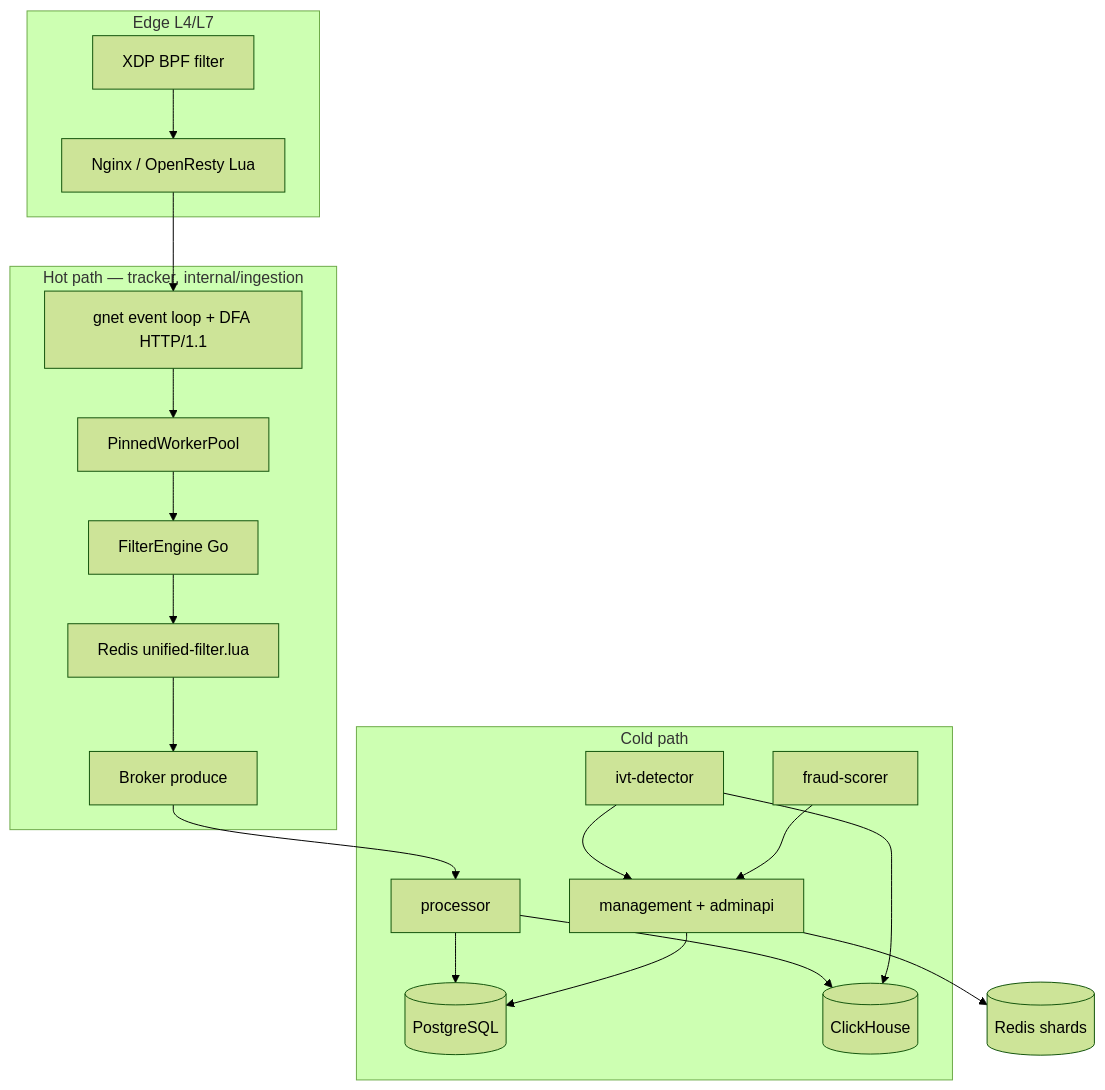
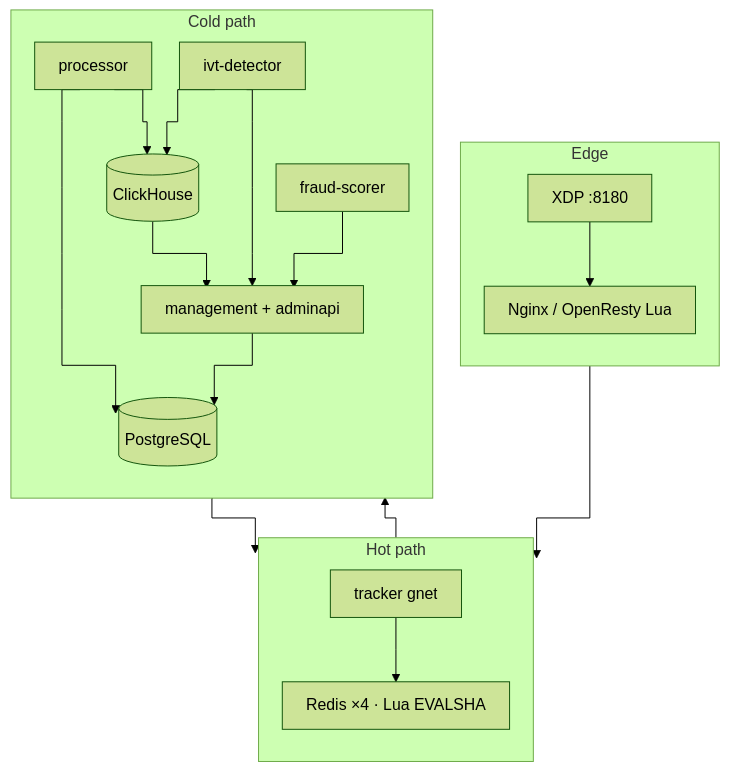
One commit to mykhailov-ua/eSPX changed the diagram in README.md. Above: the diagram before and after it, drawn with Mermaid (forest theme). The commit also changed other lines of this file and 308 other files, not shown here.

Commit message:
feat: deliver M14 shard-0 survival, HTTP/2/3 ingress, RTB live path, and docs overhaul

````diff
--- a/README.md
+++ b/README.md
@@ -23,36 +218,38 @@
 ```mermaid
+%%{init: {"flowchart": {"curve": "stepAfter", "padding": 12, "nodeSpacing": 28, "rankSpacing": 40}}}%%
 flowchart TB
-  subgraph edge [Edge L4/L7]
-    XDP[XDP BPF filter]
-    Nginx[Nginx / OpenResty Lua]
+  subgraph edge ["Edge"]
+    direction TB
+    XDP["XDP :8180"]
+    Nginx["Nginx / OpenResty Lua"]
+    XDP --> Nginx
   end
 
-  subgraph hot [Hot path — tracker, internal/ingestion]
-    Gnet[gnet event loop + DFA HTTP/1.1]
-    Pool[PinnedWorkerPool]
-    FE[FilterEngine Go]
-    Lua[Redis unified-filter.lua]
-    BrokerP[Broker produce]
+  subgraph hot ["Hot path"]
+    direction TB
+    Tracker["tracker gnet"]
+    Redis["Redis ×4 · Lua EVALSHA"]
+    Tracker --> Redis
   end
 
-  subgraph cold [Cold path]
-    Proc[processor]
-    Mgmt[management + adminapi]
-    IVT[ivt-detector]
-    FS[fraud-scorer]
-    PG[(PostgreSQL)]
-    CH[(ClickHouse)]
+  subgraph cold ["Cold path"]
+    direction TB
+    Proc["processor"]
+    Mgmt["management + adminapi"]
+    IVT["ivt-detector"]
+    FS["fraud-scorer"]
+    PG[("PostgreSQL")]
+    CH[("ClickHouse")]
   end
 
-  XDP --> Nginx --> Gnet
-  Gnet --> Pool --> FE --> Lua
-  Lua --> BrokerP
-  BrokerP --> Proc
+  Nginx --> Tracker
+  Redis --> Proc
   Proc --> PG
   Proc --> CH
   IVT --> CH
+  CH --> Mgmt
   IVT --> Mgmt
   FS --> Mgmt
   Mgmt --> PG
-  Mgmt --> Redis[(Redis shards)]
+  Mgmt --> Redis
 ```
````
